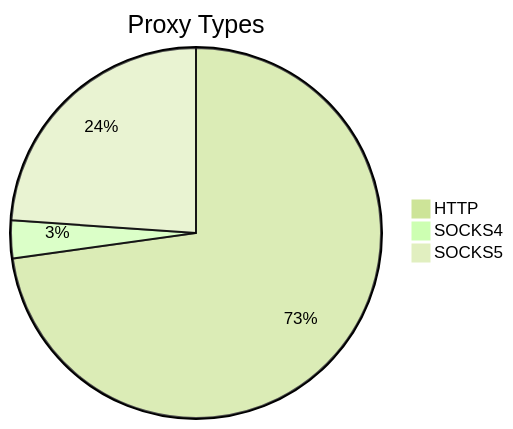
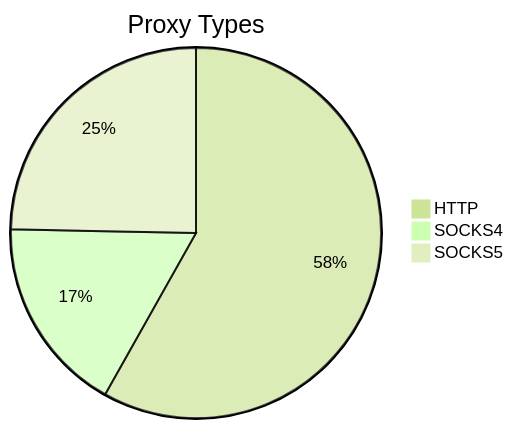
Before and after one commit to stormsia/proxy-list: the first of 2 diagrams in README.md, drawn with Mermaid (forest theme). The commit also changed other lines of this file, not shown here.

````diff
--- a/README.md
+++ b/README.md
@@ -21,6 +21,6 @@
 ```mermaid
 pie title Proxy Types
-    "HTTP" : 198
-    "SOCKS4" : 9
-    "SOCKS5" : 65
+    "HTTP" : 139
+    "SOCKS4" : 41
+    "SOCKS5" : 59
 ```
````
